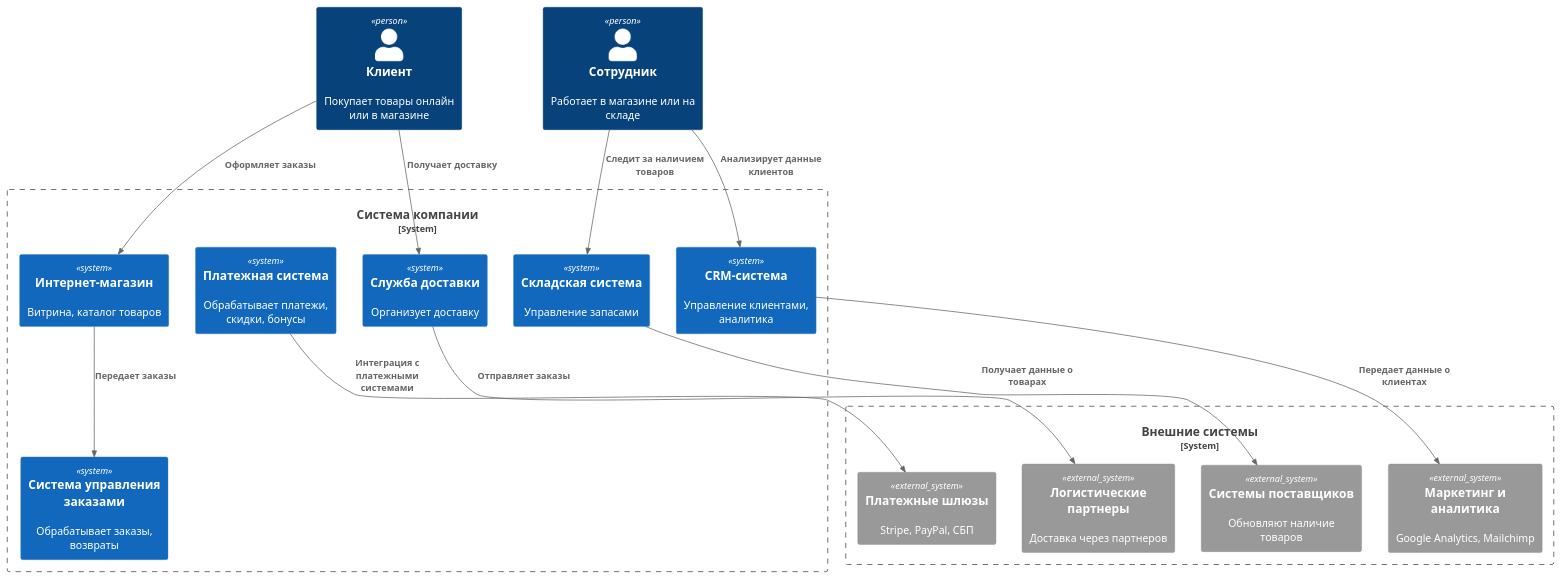
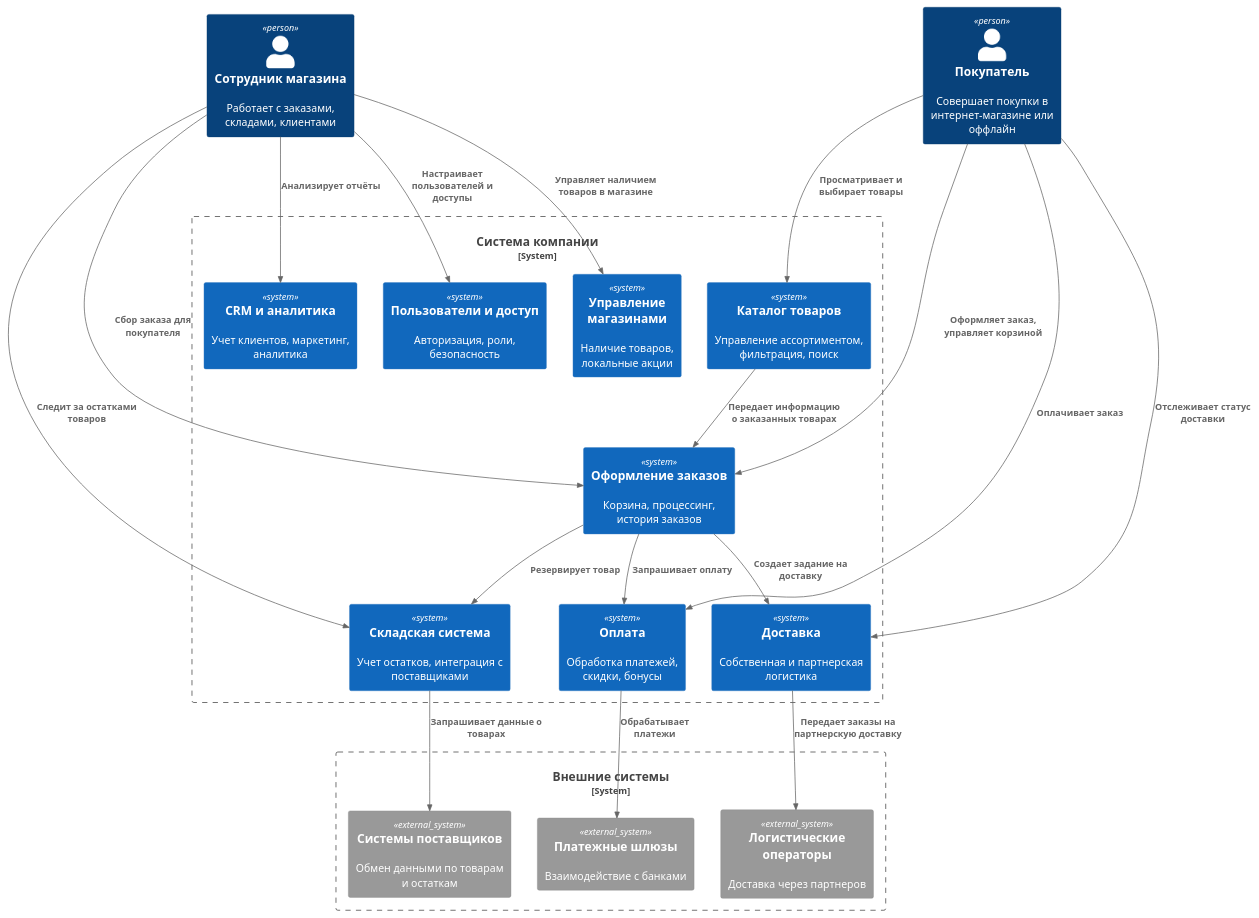
One commit to Lyudmila-55/Levchenko_analytics_practice changed the diagram in diagrams_context.plantuml. Above: the diagram before and after it, drawn with PlantUML. The commit also changed 2 other files, not shown here.

Commit message:
Changes in the diagram 2.0

```diff
--- a/diagrams_context.plantuml
+++ b/diagrams_context.plantuml
@@ -2,38 +1,48 @@
 @startuml
 !include https://raw.githubusercontent.com/plantuml-stdlib/C4-PlantUML/master/C4_Context.puml
 
 AddElementTag("internal", $borderColor="#061038", $fontColor="#ffffff")
-AddElementTag("external", $fontColor="#ffffff")
+AddElementTag("external", $borderColor="#808080", $fontColor="#ffffff")
 
-Person(Customer, "Клиент", "Покупает товары онлайн или в магазине")
-Person(Employee, "Сотрудник", "Работает в магазине или на складе")
+Person(Customer, "Покупатель", "Совершает покупки в интернет-магазине или оффлайн")
+Person(Employee, "Сотрудник магазина", "Работает с заказами, складами, клиентами")
+
 
 System_Boundary(s1, "Система компании") {
-    System(OnlineStore, "Интернет-магазин", "Витрина, каталог товаров")
-    System(OrderProcessing, "Система управления заказами", "Обрабатывает заказы, возвраты")
-    System(PaymentService, "Платежная система", "Обрабатывает платежи, скидки, бонусы")
-    System(InventorySystem, "Складская система", "Управление запасами")
-    System(DeliveryService, "Служба доставки", "Организует доставку")
-    System(CRM, "CRM-система", "Управление клиентами, аналитика")
+    System(OnlineStore, "Каталог товаров", "Управление ассортиментом, фильтрация, поиск")
+    System(OrderManagement, "Оформление заказов", "Корзина, процессинг, история заказов")
+    System(PaymentService, "Оплата", "Обработка платежей, скидки, бонусы")
+    System(Warehouse, "Складская система", "Учет остатков, интеграция с поставщиками")
+    System(Delivery, "Доставка", "Собственная и партнерская логистика")
+    System(StoreManagement, "Управление магазинами", "Наличие товаров, локальные акции")
+    System(CRM, "CRM и аналитика", "Учет клиентов, маркетинг, аналитика")
+    System(Users, "Пользователи и доступ", "Авторизация, роли, безопасность")
 }
 
 System_Boundary(s2, "Внешние системы") {
-    System_Ext(ExternalPayment, "Платежные шлюзы", "Stripe, PayPal, СБП")
-    System_Ext(SupplierSystem, "Системы поставщиков", "Обновляют наличие товаров")
-    System_Ext(ExternalLogistics, "Логистические партнеры", "Доставка через партнеров")
-    System_Ext(MarketingTools, "Маркетинг и аналитика", "Google Analytics, Mailchimp")
+    System_Ext(PaymentGateway, "Платежные шлюзы", "Взаимодействие с банками")
+    System_Ext(SupplierSystem, "Системы поставщиков", "Обмен данными по товарам и остаткам")
+    System_Ext(LogisticsPartners, "Логистические операторы", "Доставка через партнеров")
 }
 
-Rel(Customer, OnlineStore, "Оформляет заказы")
-Rel(Customer, DeliveryService, "Получает доставку")
-Rel(Employee, InventorySystem, "Следит за наличием товаров")
-Rel(Employee, CRM, "Анализирует данные клиентов")
-Rel(OnlineStore, OrderProcessing, "Передает заказы")
+Rel(Customer, OnlineStore, "Просматривает и выбирает товары")
+Rel(Customer, OrderManagement, "Оформляет заказ, управляет корзиной")
+Rel(Customer, PaymentService, "Оплачивает заказ")
+Rel(Customer, Delivery, "Отслеживает статус доставки")
 
+Rel(Employee, StoreManagement, "Управляет наличием товаров в магазине")
+Rel(Employee, Warehouse, "Следит за остатками товаров")
+Rel(Employee, OrderManagement, "Сбор заказа для покупателя")
+Rel(Employee, Users, "Настраивает пользователей и доступы")
+Rel(Employee, CRM, "Анализирует отчёты")
 
-Rel(PaymentService, ExternalPayment, "Интеграция с платежными системами")
-Rel(InventorySystem, SupplierSystem, "Получает данные о товарах")
-Rel(DeliveryService, ExternalLogistics, "Отправляет заказы")
-Rel(CRM, MarketingTools, "Передает данные о клиентах")
+Rel(OnlineStore, OrderManagement, "Передает информацию о заказанных товарах")
+Rel(OrderManagement, PaymentService, "Запрашивает оплату")
+Rel(OrderManagement, Warehouse, "Резервирует товар")
+Rel(OrderManagement, Delivery, "Создает задание на доставку")
+
+Rel(PaymentService, PaymentGateway, "Обрабатывает платежи")
+Rel(Warehouse, SupplierSystem, "Запрашивает данные о товарах")
+Rel(Delivery, LogisticsPartners, "Передает заказы на партнерскую доставку")
 
 @enduml
```
